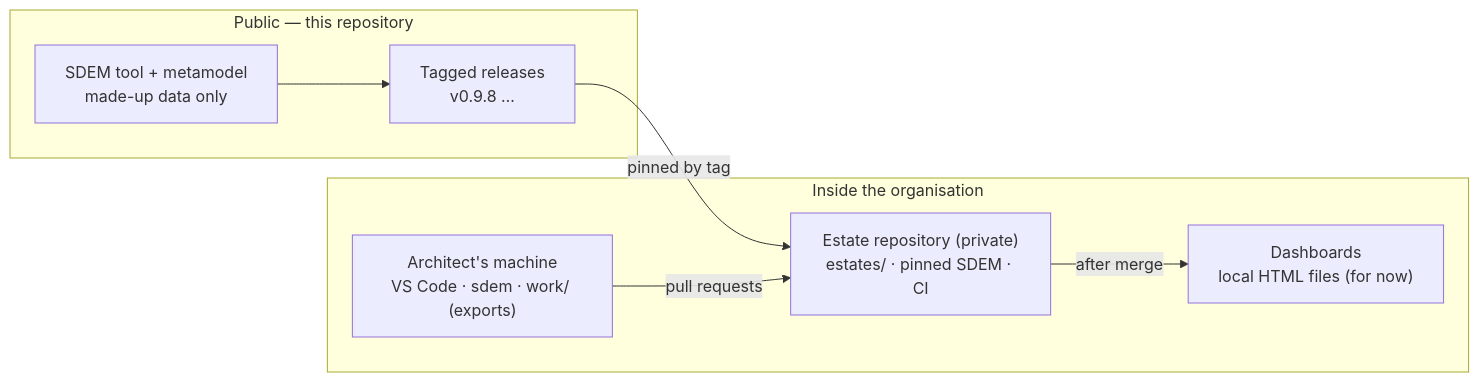
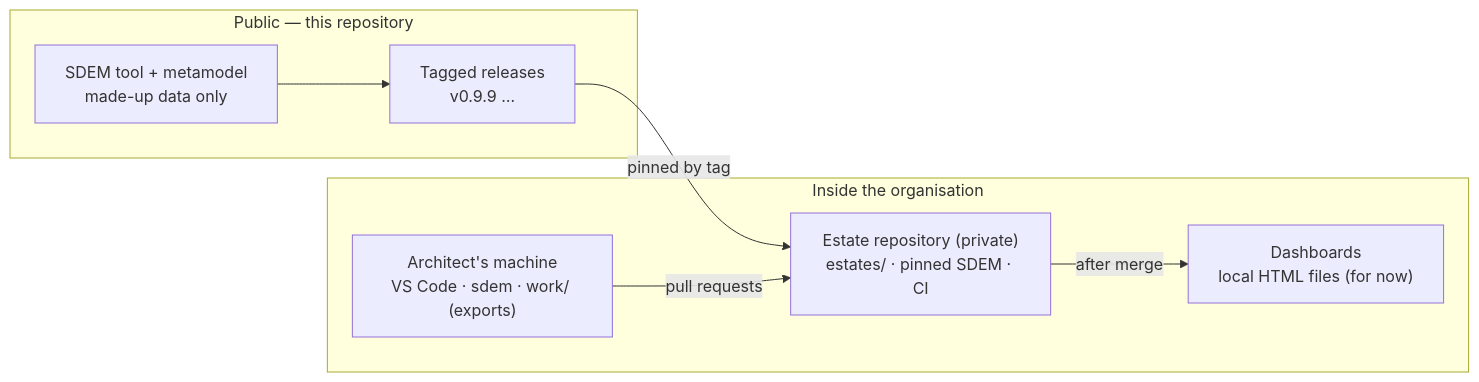
Before and after one commit to taumoeps/bian-sdem-framework: the diagram in docs/sdem-operating-model.md, drawn with Mermaid. The commit also changed other lines of this file and 26 other files, not shown here.

````diff
--- a/docs/sdem-operating-model.md
+++ b/docs/sdem-operating-model.md
@@ -7,14 +7,14 @@
 ```mermaid
 flowchart LR
     subgraph PUB["Public — this repository"]
-      T["SDEM tool + metamodel<br/>made-up data only"] --> REL["Tagged releases<br/>v0.9.8 …"]
+      T["SDEM tool + metamodel<br/>made-up data only"] --> REL["Tagged releases<br/>v0.9.9 …"]
     end
     subgraph ORG["Inside the organisation"]
       ER["Estate repository (private)<br/>estates/ · pinned SDEM · CI"]
       WS["Architect's machine<br/>VS Code · sdem · work/ (exports)"]
       H["Dashboards<br/>local HTML files (for now)"]
     end
     REL -- "pinned by tag" --> ER
     WS -- "pull requests" --> ER
     ER -- "after merge" --> H
 ```
````
